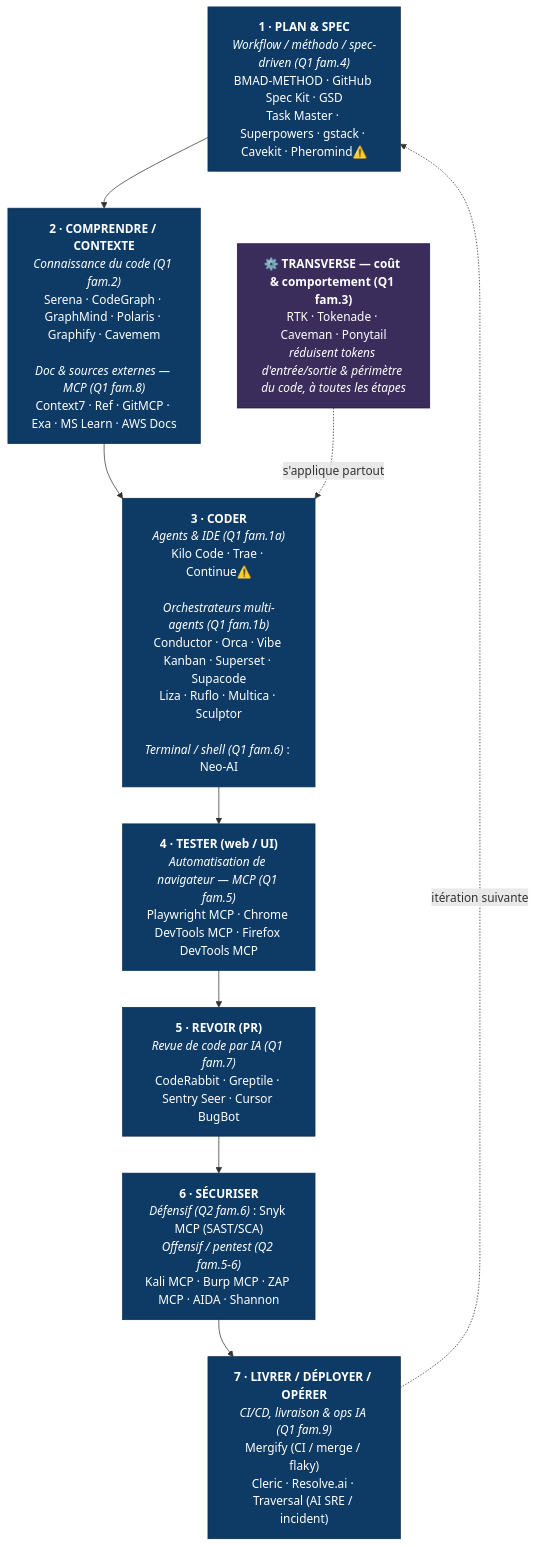
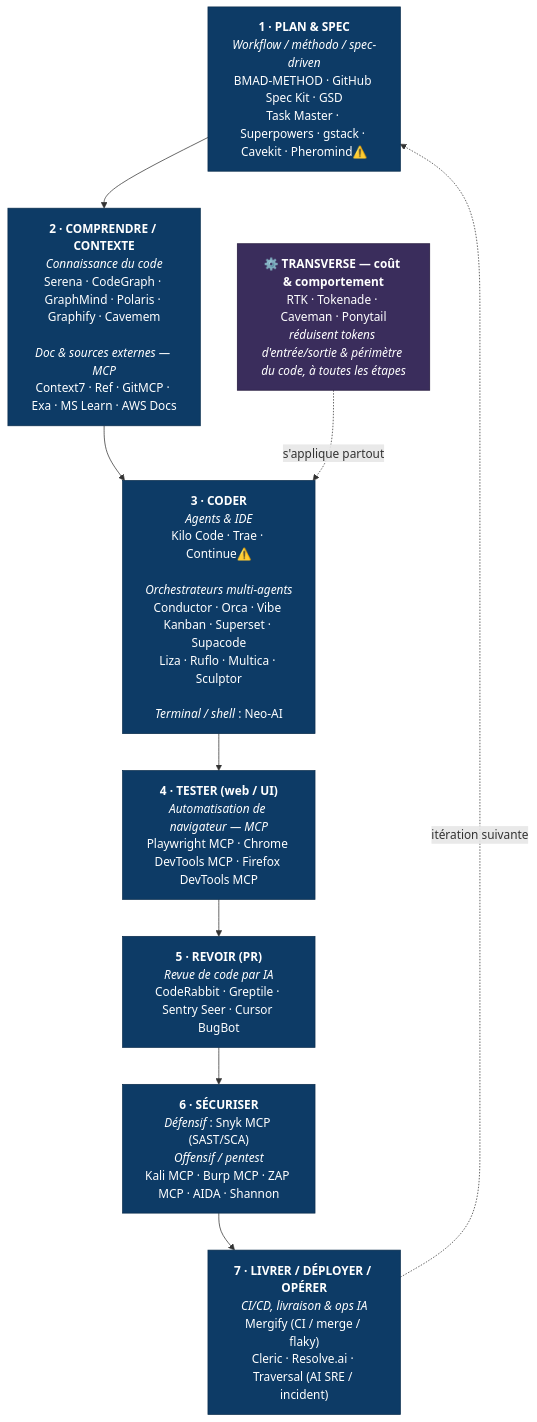
One commit to frederictriquet/AI-Knowledge changed the diagram in wiki/SDLC - outils IA par phase.md. Above: the diagram before and after it, drawn with Mermaid. The commit also changed other lines of this file and 26 other files, not shown here.

````diff
--- a/wiki/SDLC - outils IA par phase.md
+++ b/wiki/SDLC - outils IA par phase.md
@@ -5,23 +5,23 @@
 ```mermaid
 flowchart TB
   classDef phase fill:#0d3b66,stroke:#0a2d4d,color:#fff;
   classDef trans fill:#3a2d5c,stroke:#241a3d,color:#fff;
   classDef gap fill:#5c3a3a,stroke:#3d2424,color:#fff;
 
-  P["<b>1 · PLAN &amp; SPEC</b><br/><i>Workflow / méthodo / spec-driven (Q1 fam.4)</i><br/>BMAD-METHOD · GitHub Spec Kit · GSD<br/>Task Master · Superpowers · gstack · Cavekit · Pheromind⚠️"]
-  C["<b>2 · COMPRENDRE / CONTEXTE</b><br/><i>Connaissance du code (Q1 fam.2)</i><br/>Serena · CodeGraph · GraphMind · Polaris · Graphify · Cavemem<br/><br/><i>Doc &amp; sources externes — MCP (Q1 fam.8)</i><br/>Context7 · Ref · GitMCP · Exa · MS Learn · AWS Docs"]
-  D["<b>3 · CODER</b><br/><i>Agents &amp; IDE (Q1 fam.1a)</i><br/>Kilo Code · Trae · Continue⚠️<br/><br/><i>Orchestrateurs multi-agents (Q1 fam.1b)</i><br/>Conductor · Orca · Vibe Kanban · Superset · Supacode<br/>Liza · Ruflo · Multica · Sculptor<br/><br/><i>Terminal / shell (Q1 fam.6)</i> : Neo-AI"]
-  TE["<b>4 · TESTER (web / UI)</b><br/><i>Automatisation de navigateur — MCP (Q1 fam.5)</i><br/>Playwright MCP · Chrome DevTools MCP · Firefox DevTools MCP"]
-  R["<b>5 · REVOIR (PR)</b><br/><i>Revue de code par IA (Q1 fam.7)</i><br/>CodeRabbit · Greptile · Sentry Seer · Cursor BugBot"]
-  S["<b>6 · SÉCURISER</b><br/><i>Défensif (Q2 fam.6)</i> : Snyk MCP (SAST/SCA)<br/><i>Offensif / pentest (Q2 fam.5-6)</i><br/>Kali MCP · Burp MCP · ZAP MCP · AIDA · Shannon"]
-  O["<b>7 · LIVRER / DÉPLOYER / OPÉRER</b><br/><i>CI/CD, livraison &amp; ops IA (Q1 fam.9)</i><br/>Mergify (CI / merge / flaky)<br/>Cleric · Resolve.ai · Traversal (AI SRE / incident)"]
+  P["<b>1 · PLAN &amp; SPEC</b><br/><i>Workflow / méthodo / spec-driven</i><br/>BMAD-METHOD · GitHub Spec Kit · GSD<br/>Task Master · Superpowers · gstack · Cavekit · Pheromind⚠️"]
+  C["<b>2 · COMPRENDRE / CONTEXTE</b><br/><i>Connaissance du code</i><br/>Serena · CodeGraph · GraphMind · Polaris · Graphify · Cavemem<br/><br/><i>Doc &amp; sources externes — MCP</i><br/>Context7 · Ref · GitMCP · Exa · MS Learn · AWS Docs"]
+  D["<b>3 · CODER</b><br/><i>Agents &amp; IDE</i><br/>Kilo Code · Trae · Continue⚠️<br/><br/><i>Orchestrateurs multi-agents</i><br/>Conductor · Orca · Vibe Kanban · Superset · Supacode<br/>Liza · Ruflo · Multica · Sculptor<br/><br/><i>Terminal / shell</i> : Neo-AI"]
+  TE["<b>4 · TESTER (web / UI)</b><br/><i>Automatisation de navigateur — MCP</i><br/>Playwright MCP · Chrome DevTools MCP · Firefox DevTools MCP"]
+  R["<b>5 · REVOIR (PR)</b><br/><i>Revue de code par IA</i><br/>CodeRabbit · Greptile · Sentry Seer · Cursor BugBot"]
+  S["<b>6 · SÉCURISER</b><br/><i>Défensif</i> : Snyk MCP (SAST/SCA)<br/><i>Offensif / pentest</i><br/>Kali MCP · Burp MCP · ZAP MCP · AIDA · Shannon"]
+  O["<b>7 · LIVRER / DÉPLOYER / OPÉRER</b><br/><i>CI/CD, livraison &amp; ops IA</i><br/>Mergify (CI / merge / flaky)<br/>Cleric · Resolve.ai · Traversal (AI SRE / incident)"]
 
-  T["<b>⚙️ TRANSVERSE — coût &amp; comportement (Q1 fam.3)</b><br/>RTK · Tokenade · Caveman · Ponytail<br/><i>réduisent tokens d'entrée/sortie & périmètre du code, à toutes les étapes</i>"]
+  T["<b>⚙️ TRANSVERSE — coût &amp; comportement</b><br/>RTK · Tokenade · Caveman · Ponytail<br/><i>réduisent tokens d'entrée/sortie & périmètre du code, à toutes les étapes</i>"]
 
   P --> C --> D --> TE --> R --> S --> O
   O -.->|itération suivante| P
   T -.->|s'applique partout| D
 
   class P,C,D,TE,R,S,O phase;
   class T trans;
 ```
````
